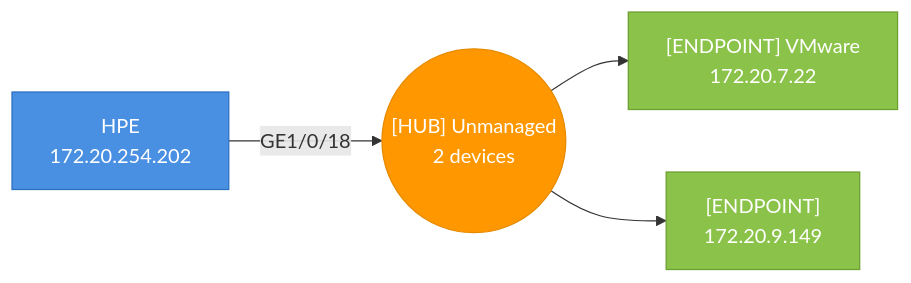
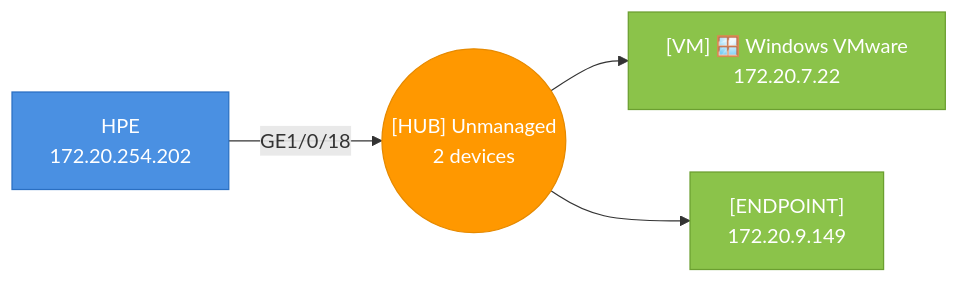
One commit to djamic/LLDP-Skanner-Go changed the eighth of 47 diagrams in testdata/golden/audit_default.md. Above: the diagram before and after it, drawn with Mermaid. The commit also changed other lines of this file and 12 other files, not shown here.

````diff
--- a/testdata/golden/audit_default.md
+++ b/testdata/golden/audit_default.md
@@ -1486,14 +1597,14 @@
 ```mermaid
 graph LR
   hub_4caea38deec9_p18(("[HUB] Unmanaged<br>2 devices"))
   4caea38deec9["HPE<br>172.20.254.202"]
   4caea38deec9-- "GE1/0/18" -->hub_4caea38deec9_p18
   style 4caea38deec9 fill:#4A90E2,stroke:#2A6FC2,color:#fff
-  000c292dde3c["[ENDPOINT] VMware<br>172.20.7.22"]
+  000c292dde3c["[VM] 🪟 Windows VMware<br>172.20.7.22"]
   hub_4caea38deec9_p18-->000c292dde3c
   style 000c292dde3c fill:#8BC34A,stroke:#6B9F30,color:#fff
   08f1ea8d264e["[ENDPOINT]<br>172.20.9.149"]
   hub_4caea38deec9_p18-->08f1ea8d264e
   style 08f1ea8d264e fill:#8BC34A,stroke:#6B9F30,color:#fff
   style hub_4caea38deec9_p18 fill:#FF9800,stroke:#E68A00,color:#fff
 ```
````
